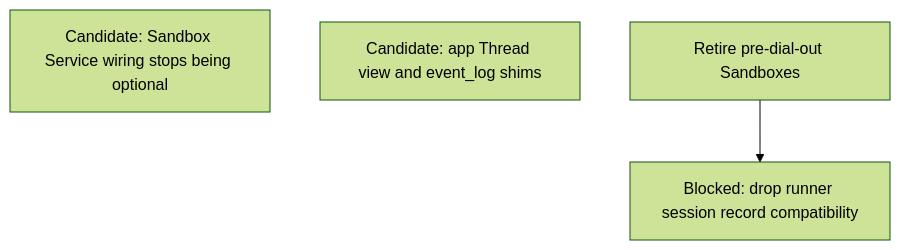
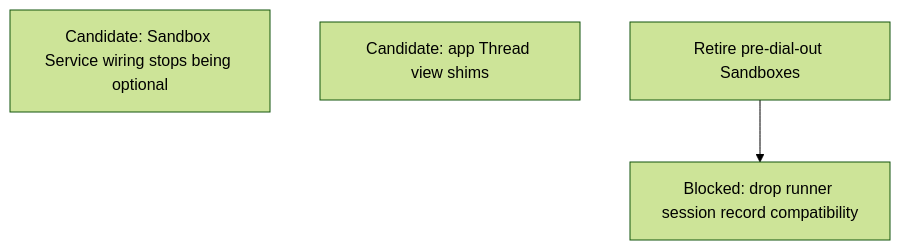
Before and after one commit to agentydragon-agent/ducktape: diagram 11 of 11 in agentplane/plans/task_dag.md, drawn with Mermaid (forest theme). The commit also changed other lines of this file and 27 other files, not shown here.

````diff
--- a/agentplane/plans/task_dag.md
+++ b/agentplane/plans/task_dag.md
@@ -922,8 +922,8 @@
 ```mermaid
 flowchart TD
     SANDBOX_SERVICE_RESOURCES_REQUIRED[Candidate: Sandbox Service wiring stops being optional]
-    APP_THREAD_VIEW_CLEANUP[Candidate: app Thread view and event_log shims]
+    APP_THREAD_VIEW_CLEANUP[Candidate: app Thread view shims]
     RUNNER_SESSION_RECORD_SHIMS[Blocked: drop runner session record compatibility]
     LEGACY_SANDBOX_RETIRE[Retire pre-dial-out Sandboxes]
     LEGACY_SANDBOX_RETIRE --> RUNNER_SESSION_RECORD_SHIMS
 ```
````
